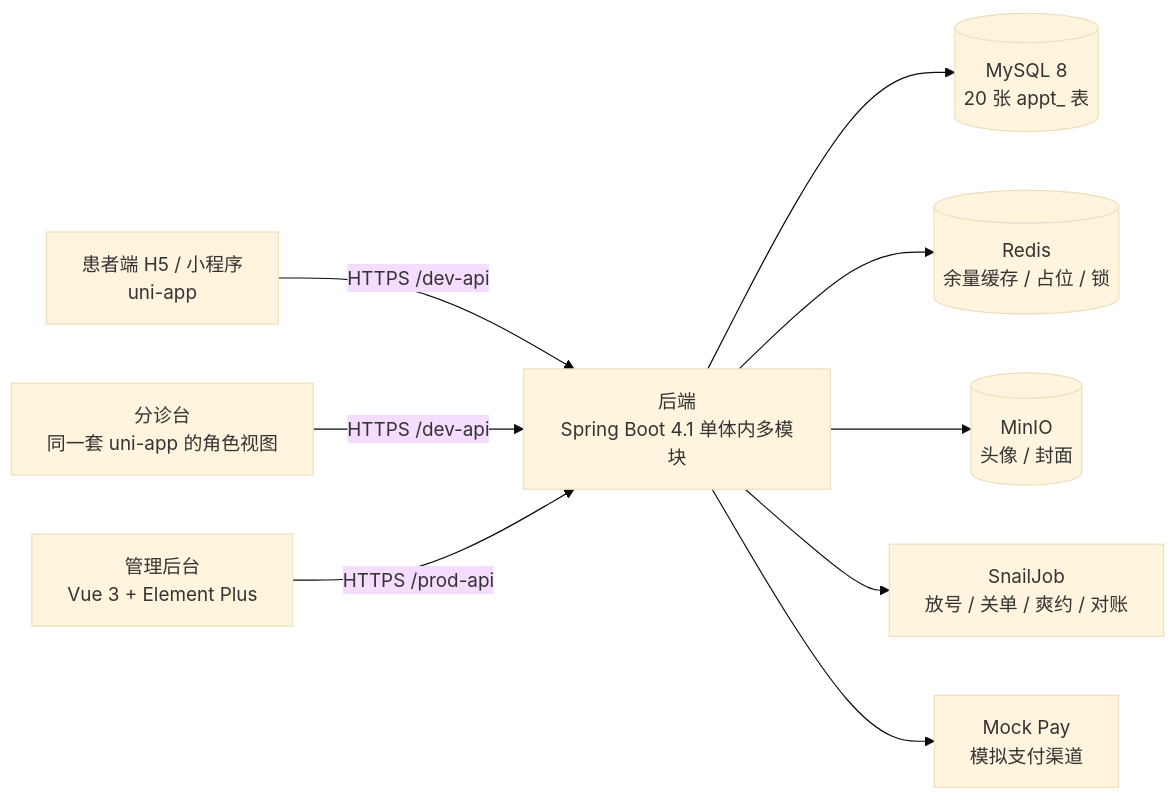
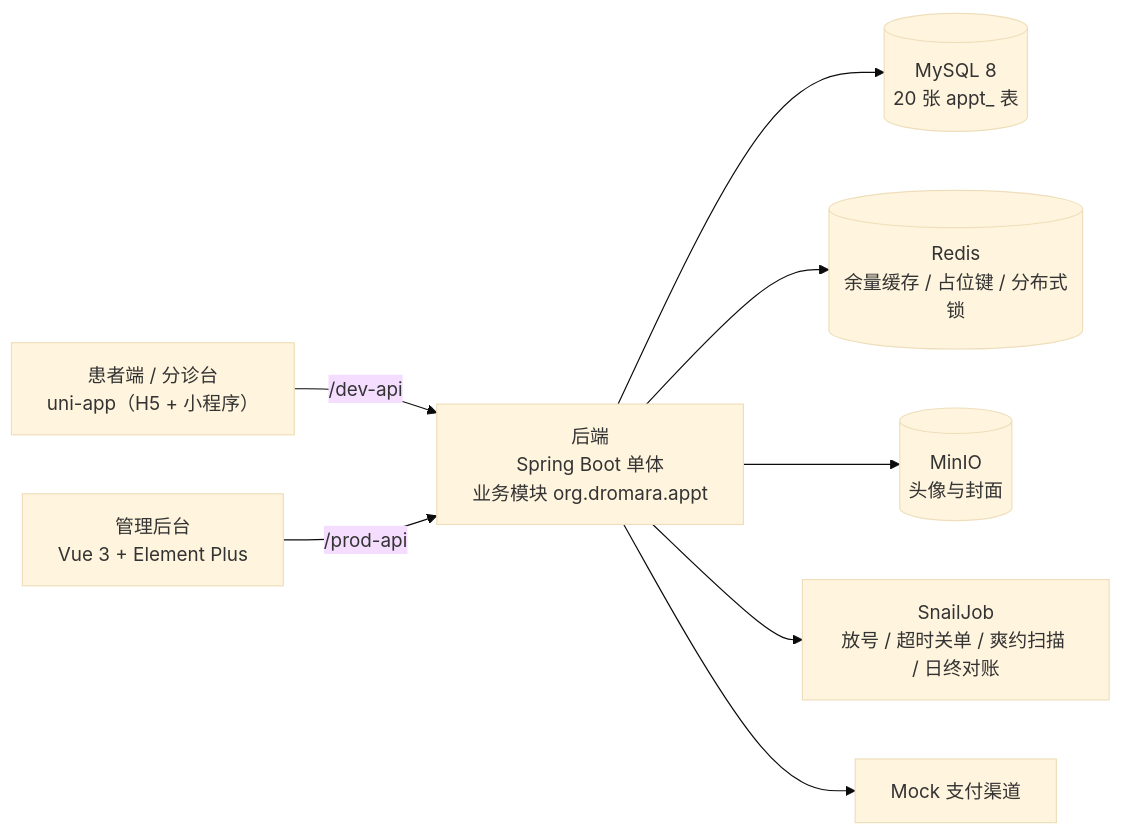
The diagram in README.md (xcqj/qd-appt-overview), drawn with Mermaid (base theme) before and after one commit. The commit also changed other lines of this file and 11 other files, not shown here.

First line of the commit message:
docs: 按统一模板重整项目总览（九段结构 + 五张脱敏截图）

````diff
--- a/README.md
+++ b/README.md
@@ -95,11 +63,10 @@
 ```mermaid
 flowchart LR
-    P["患者端 H5 / 小程序<br/>uni-app"] -->|HTTPS /dev-api| API["后端<br/>Spring Boot 4.1 单体内多模块"]
-    T["分诊台<br/>同一套 uni-app 的角色视图"] -->|HTTPS /dev-api| API
-    A["管理后台<br/>Vue 3 + Element Plus"] -->|HTTPS /prod-api| API
+    P["患者端 / 分诊台<br/>uni-app（H5 + 小程序）"] -->|/dev-api| API["后端<br/>Spring Boot 单体<br/>业务模块 org.dromara.appt"]
+    A["管理后台<br/>Vue 3 + Element Plus"] -->|/prod-api| API
     API --> DB[("MySQL 8<br/>20 张 appt_ 表")]
-    API --> R[("Redis<br/>余量缓存 / 占位 / 锁")]
-    API --> M[("MinIO<br/>头像 / 封面")]
-    API --> S["SnailJob<br/>放号 / 关单 / 爽约 / 对账"]
-    API --> PAY["Mock Pay<br/>模拟支付渠道"]
+    API --> R[("Redis<br/>余量缓存 / 占位键 / 分布式锁")]
+    API --> M[("MinIO<br/>头像与封面")]
+    API --> S["SnailJob<br/>放号 / 超时关单 / 爽约扫描 / 日终对账"]
+    API --> PAY["Mock 支付渠道"]
 ```
````
